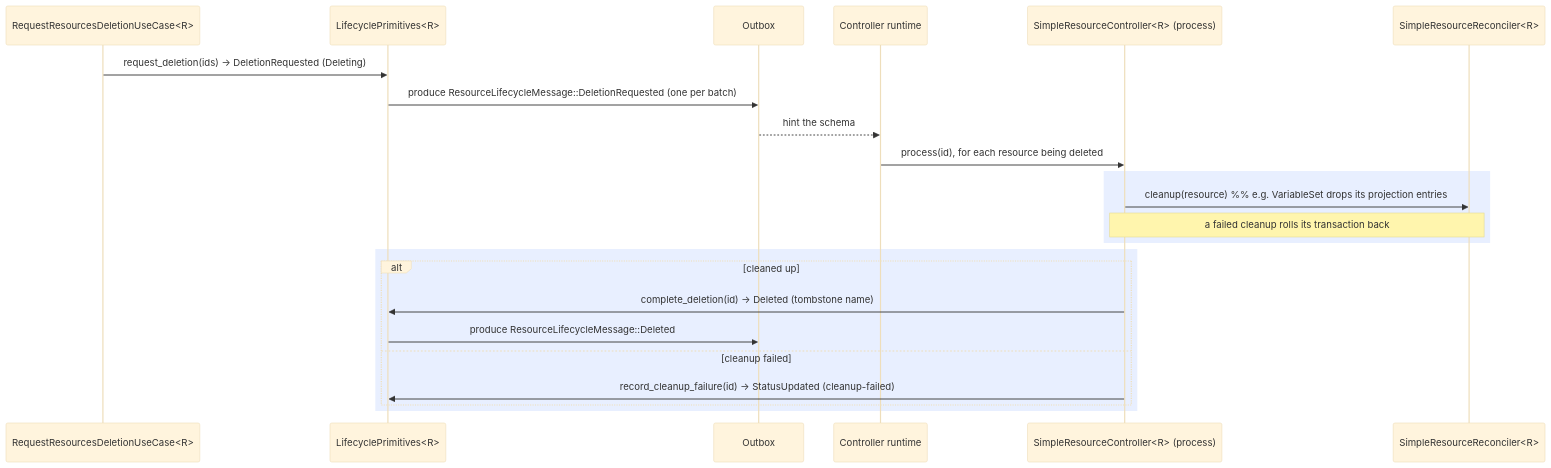
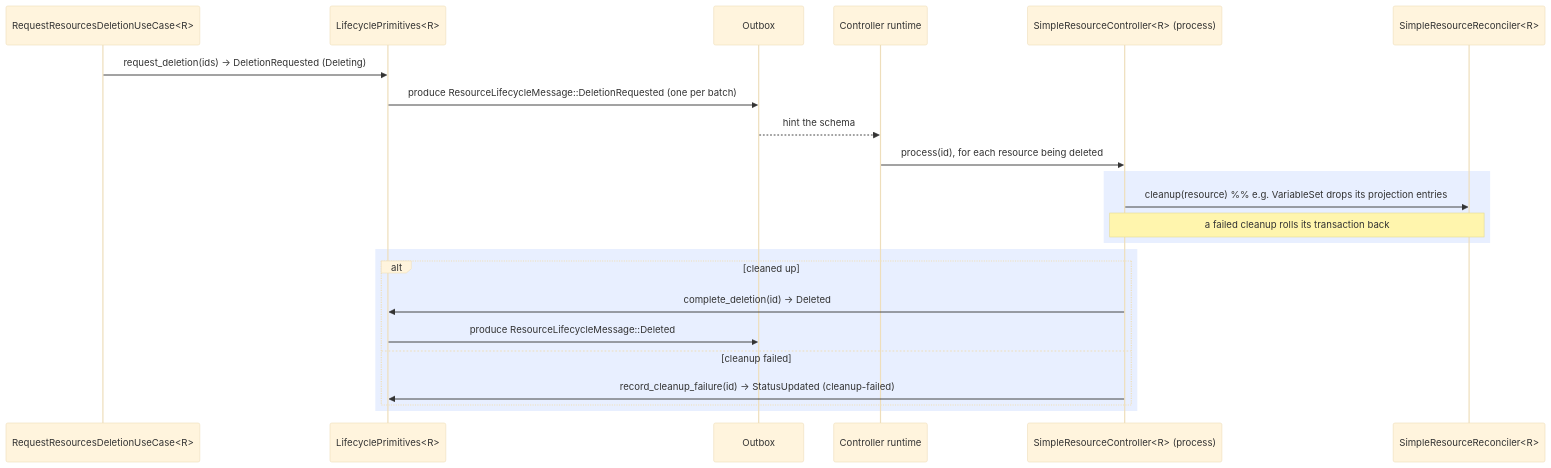
Before and after one commit to kamu-data/kamu-cli: the fourth of 6 diagrams in docs/internal/resources-framework.md, drawn with Mermaid (base theme). The commit also changed other lines of this file and 17 other files, not shown here.

````diff
--- a/docs/internal/resources-framework.md
+++ b/docs/internal/resources-framework.md
@@ -1667,26 +1667,26 @@
 ```mermaid
 sequenceDiagram
     participant RQ as RequestResourcesDeletionUseCase<R>
     participant P as LifecyclePrimitives<R>
     participant OB as Outbox
     participant RT as Controller runtime
     participant A as SimpleResourceController<R> (process)
     participant Ctl as SimpleResourceReconciler<R>
 
     RQ->>P: request_deletion(ids) → DeletionRequested (Deleting)
     P->>OB: produce ResourceLifecycleMessage::DeletionRequested (one per batch)
     OB-->>RT: hint the schema
     RT->>A: process(id), for each resource being deleted
     rect rgba(100, 150, 255, 0.15)
         A->>Ctl: cleanup(resource)  %% e.g. VariableSet drops its projection entries
         Note over A,Ctl: a failed cleanup rolls its transaction back
     end
     rect rgba(100, 150, 255, 0.15)
         alt cleaned up
-            A->>P: complete_deletion(id) → Deleted (tombstone name)
+            A->>P: complete_deletion(id) → Deleted
             P->>OB: produce ResourceLifecycleMessage::Deleted
         else cleanup failed
             A->>P: record_cleanup_failure(id) → StatusUpdated (cleanup-failed)
         end
     end
 ```
````
